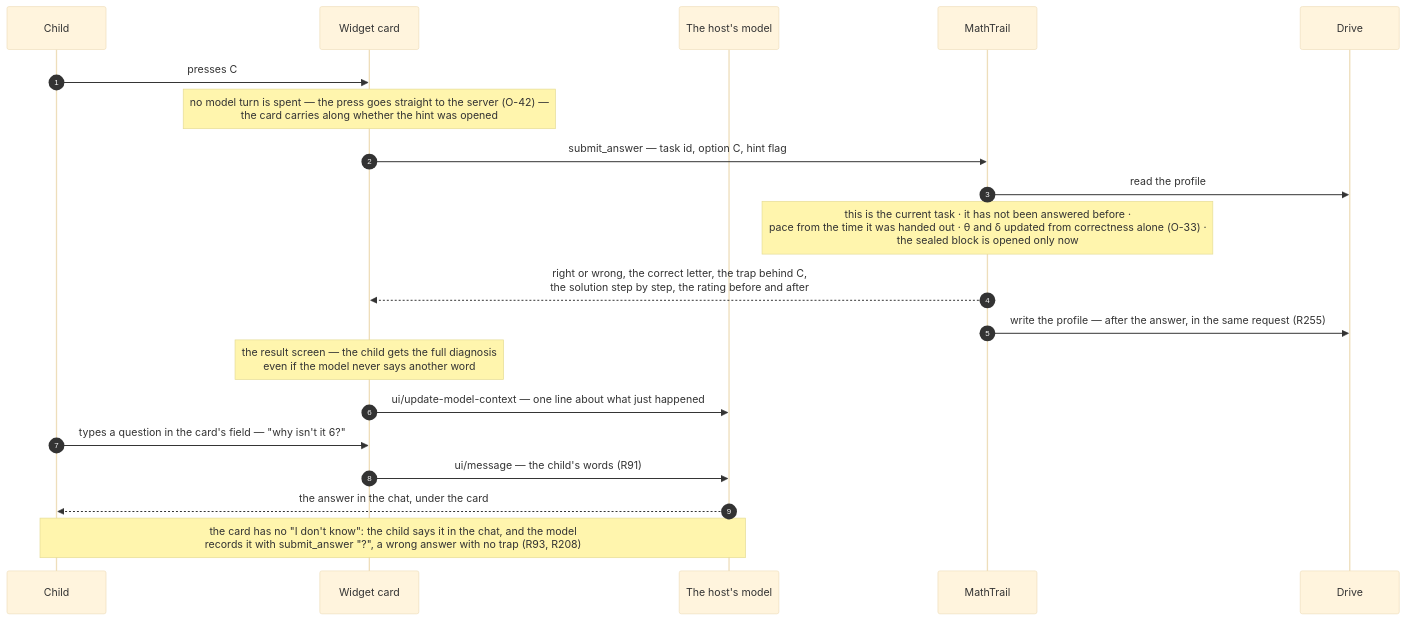
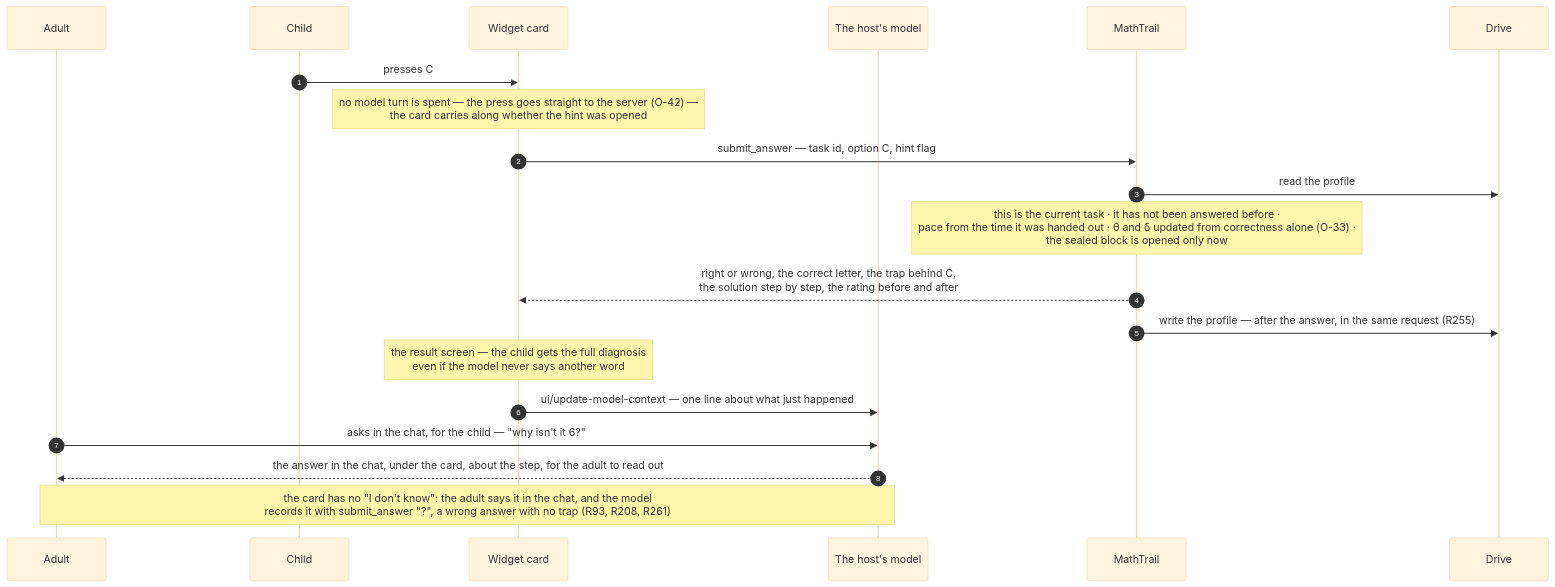
The third of 8 diagrams in docs/architecture/03-flows.md (MathTrail/mathtrail-standalone), drawn with Mermaid (base theme) before and after one commit. The commit also changed other lines of this file and 162 other files, not shown here.

````diff
--- a/docs/architecture/03-flows.md
+++ b/docs/architecture/03-flows.md
@@ -130,23 +130,23 @@
 ```mermaid
 sequenceDiagram
     autonumber
+    participant A as Adult
     participant K as Child
     participant W as Widget card
     participant M as The host's model
     participant MT as MathTrail
     participant D as Drive
 
     K->>W: presses C
     Note over W: no model turn is spent — the press goes straight to the server (О-42) —<br/>the card carries along whether the hint was opened
     W->>MT: submit_answer — task id, option C, hint flag
     MT->>D: read the profile
     Note over MT: this is the current task · it has not been answered before ·<br/>pace from the time it was handed out · θ and δ updated from correctness alone (О-33) ·<br/>the sealed block is opened only now
     MT-->>W: right or wrong, the correct letter, the trap behind C,<br/>the solution step by step, the rating before and after
     MT->>D: write the profile — after the answer, in the same request (R255)
     Note over W: the result screen — the child gets the full diagnosis<br/>even if the model never says another word
     W->>M: ui/update-model-context — one line about what just happened
-    K->>W: types a question in the card's field — "why isn't it 6?"
-    W->>M: ui/message — the child's words (R91)
-    M-->>K: the answer in the chat, under the card
-    Note over K,M: the card has no "I don't know": the child says it in the chat, and the model<br/>records it with submit_answer "?", a wrong answer with no trap (R93, R208)
+    A->>M: asks in the chat, for the child — "why isn't it 6?"
+    M-->>A: the answer in the chat, under the card, about the step, for the adult to read out
+    Note over A,M: the card has no "I don't know": the adult says it in the chat, and the model<br/>records it with submit_answer "?", a wrong answer with no trap (R93, R208, R261)
 ```
````
